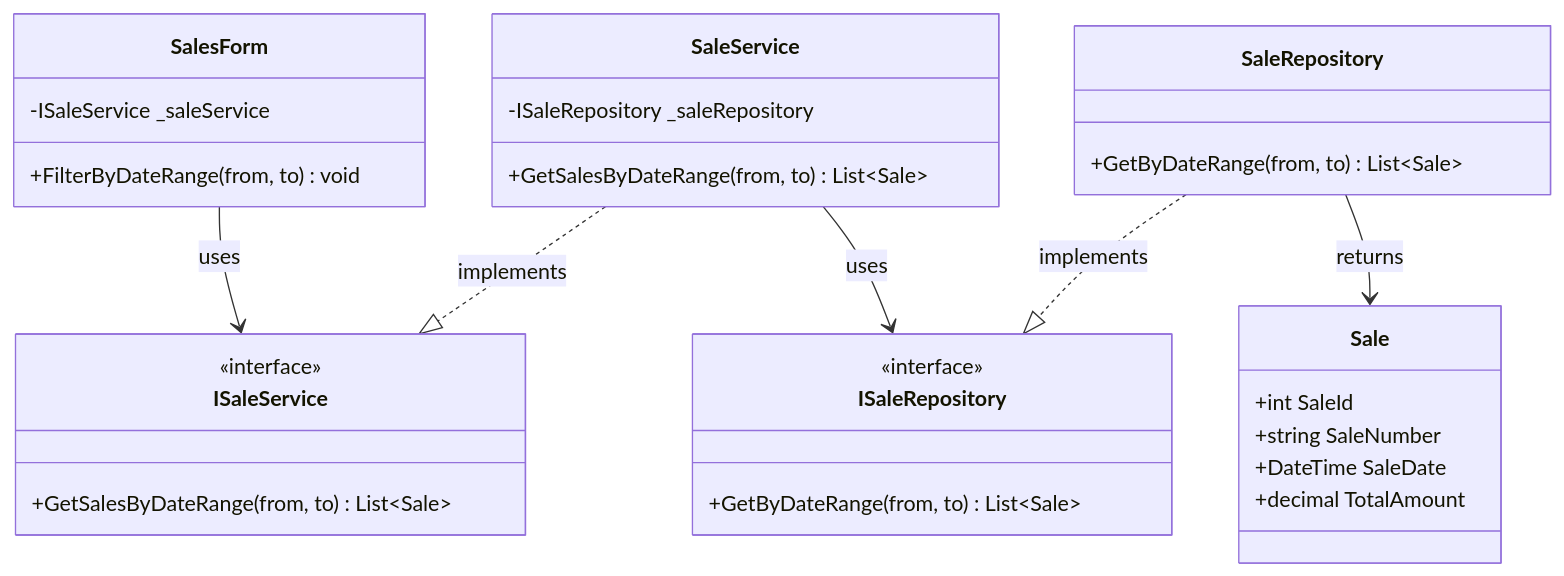
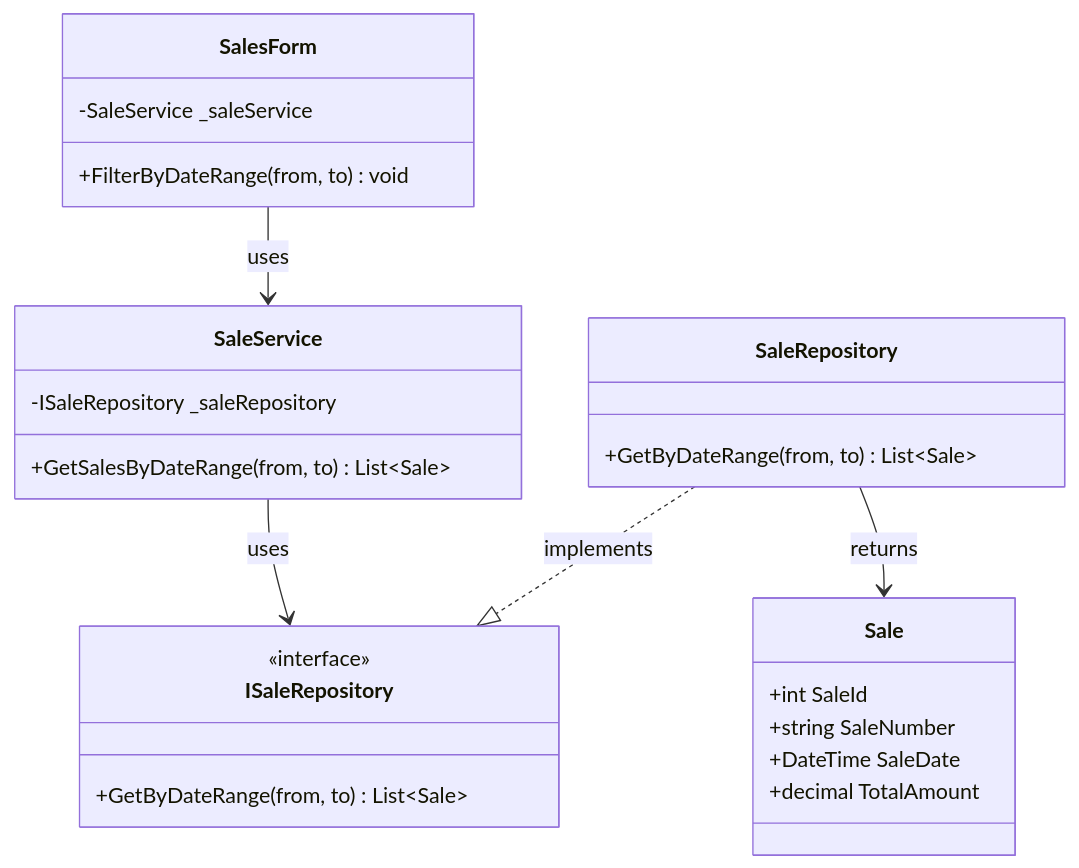
Before and after one commit to nahuk86/tp_diploma_nk_2026: diagram 17 of 24 in Documentation/UML_Diagrams/15_Sales_UseCases.md, drawn with Mermaid. The commit also changed other lines of this file and 5 other files, not shown here.

First line of the commit message:
Fix UML documentation: remove non-existent BLL service interfaces

````diff
--- a/Documentation/UML_Diagrams/15_Sales_UseCases.md
+++ b/Documentation/UML_Diagrams/15_Sales_UseCases.md
@@ -687,39 +636,34 @@
 ```mermaid
 classDiagram
     class SalesForm {
-        -ISaleService _saleService
+        -SaleService _saleService
         +FilterByDateRange(from, to) void
     }
 
-    class ISaleService {
-        <<interface>>
-        +GetSalesByDateRange(from, to) List~Sale~
-    }
 
     class SaleService {
         -ISaleRepository _saleRepository
         +GetSalesByDateRange(from, to) List~Sale~
     }
 
     class ISaleRepository {
         <<interface>>
         +GetByDateRange(from, to) List~Sale~
     }
 
     class SaleRepository {
         +GetByDateRange(from, to) List~Sale~
     }
 
     class Sale {
         +int SaleId
         +string SaleNumber
         +DateTime SaleDate
         +decimal TotalAmount
     }
 
-    SalesForm --> ISaleService : uses
-    SaleService ..|> ISaleService : implements
+    SalesForm --> SaleService : uses
     SaleService --> ISaleRepository : uses
     SaleRepository ..|> ISaleRepository : implements
     SaleRepository --> Sale : returns
 ```
````
